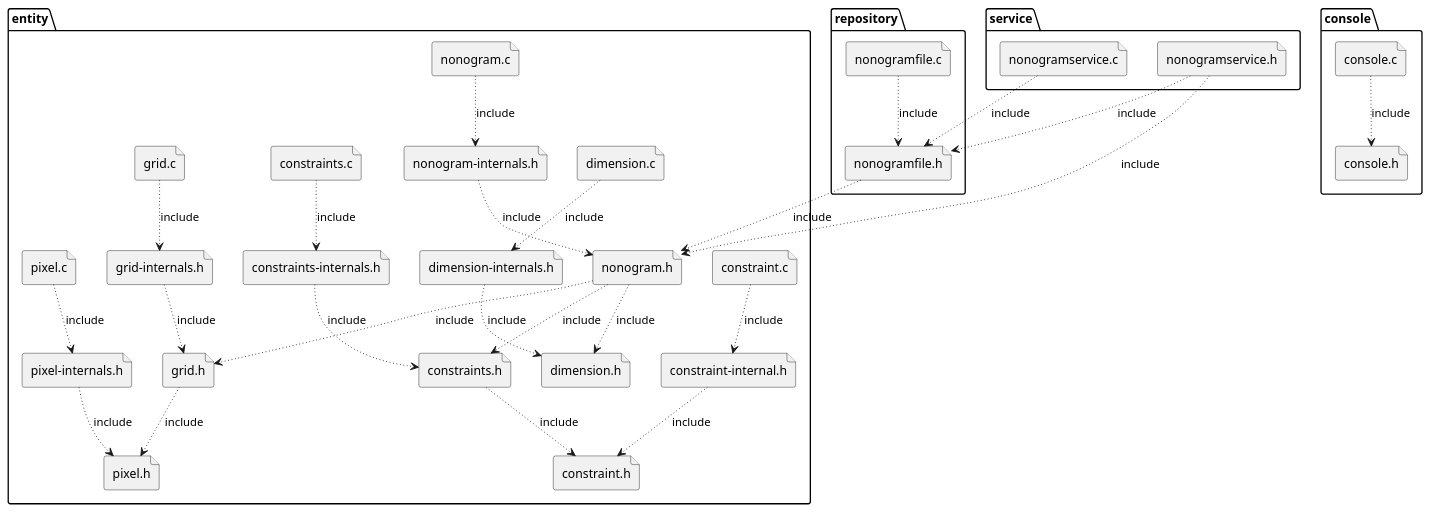
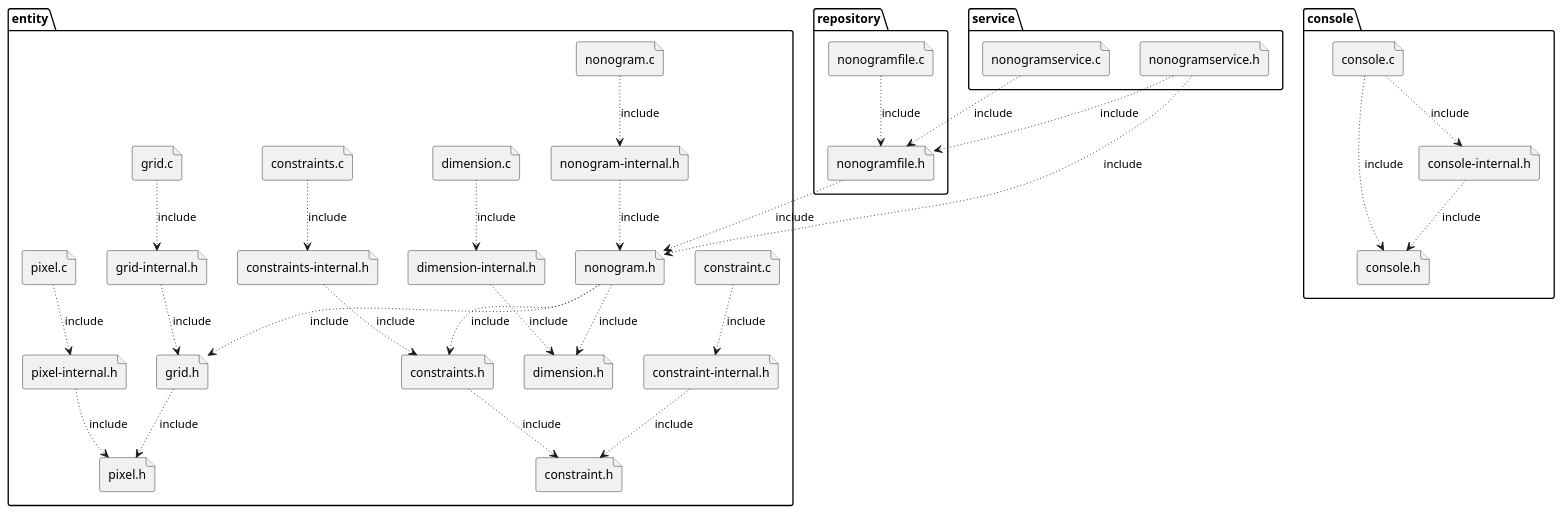
The diagram in doc/nonogram-archi.puml (junia-isen-2526/nonogramme), drawn with PlantUML before and after one commit. The commit also changed 6 other files, not shown here.

Commit message:
Add display functions for Nonogram in console module

```diff
--- a/doc/nonogram-archi.puml
+++ b/doc/nonogram-archi.puml
@@ -1,68 +1,71 @@
 @startuml
 
 
 package entity {
     file "constraint.h"
     file "constraint-internal.h"
     file "constraint.c"
     "constraint.c" -[dotted]-> "constraint-internal.h" : include
     "constraint-internal.h" -[dotted]-> "constraint.h" : include
 
     file "constraints.h"
-    file "constraints-internals.h"
+    file "constraints-internal.h"
     file "constraints.c"
-    "constraints.c" -[dotted]-> "constraints-internals.h" : include
-    "constraints-internals.h" -[dotted]-> "constraints.h" : include
+    "constraints.c" -[dotted]-> "constraints-internal.h" : include
+    "constraints-internal.h" -[dotted]-> "constraints.h" : include
     "constraints.h" -[dotted]-> "constraint.h" : include
 
     file "dimension.h"
-    file "dimension-internals.h"
+    file "dimension-internal.h"
     file "dimension.c"
-    "dimension.c" -[dotted]-> "dimension-internals.h" : include
-    "dimension-internals.h" -[dotted]-> "dimension.h" : include
+    "dimension.c" -[dotted]-> "dimension-internal.h" : include
+    "dimension-internal.h" -[dotted]-> "dimension.h" : include
 
     file "pixel.h"
-    file "pixel-internals.h"
+    file "pixel-internal.h"
     file "pixel.c"
-    "pixel.c" -[dotted]-> "pixel-internals.h" : include
-    "pixel-internals.h" -[dotted]-> "pixel.h" : include
+    "pixel.c" -[dotted]-> "pixel-internal.h" : include
+    "pixel-internal.h" -[dotted]-> "pixel.h" : include
 
     file "grid.h"
-    file "grid-internals.h"
+    file "grid-internal.h"
     file "grid.c"
-    "grid.c" -[dotted]-> "grid-internals.h" : include
-    "grid-internals.h" -[dotted]-> "grid.h" : include
+    "grid.c" -[dotted]-> "grid-internal.h" : include
+    "grid-internal.h" -[dotted]-> "grid.h" : include
     "grid.h" -[dotted]-> "pixel.h" : include
 
     file "nonogram.h"
-    file "nonogram-internals.h"
+    file "nonogram-internal.h"
     file "nonogram.c"
-    "nonogram.c" -[dotted]-> "nonogram-internals.h" : include
-    "nonogram-internals.h" -[dotted]-> "nonogram.h" : include
+    "nonogram.c" -[dotted]-> "nonogram-internal.h" : include
+    "nonogram-internal.h" -[dotted]-> "nonogram.h" : include
     "nonogram.h" -[dotted]-> "dimension.h" : include
     "nonogram.h" -[dotted]-> "grid.h" : include
     "nonogram.h" -[dotted]-> "constraints.h" : include
 }
 
 package repository {
     file nonogramfile.h
     file nonogramfile.c
     "nonogramfile.c" -[dotted]-> "nonogramfile.h" : include
     "nonogramfile.h" -[dotted]-> "nonogram.h" : include
 }
 
 package console {
-    file console.h
-    file console.c
+    file "console.h"
+    file "console-internal.h"
+    file "console.c"
+    "console.c" -[dotted]-> "console-internal.h" : include
+    "console-internal.h" -[dotted]-> "console.h" : include
     "console.c" -[dotted]-> "console.h" : include
 }
 
 package service {
     file nonogramservice.h
     file nonogramservice.c
     "nonogramservice.c" -[dotted]-> "nonogramfile.h" : include
     "nonogramservice.h" -[dotted]-> "nonogram.h" : include
     "nonogramservice.h" -[dotted]-> "nonogramfile.h" : include
 }
 
 @enduml
```
